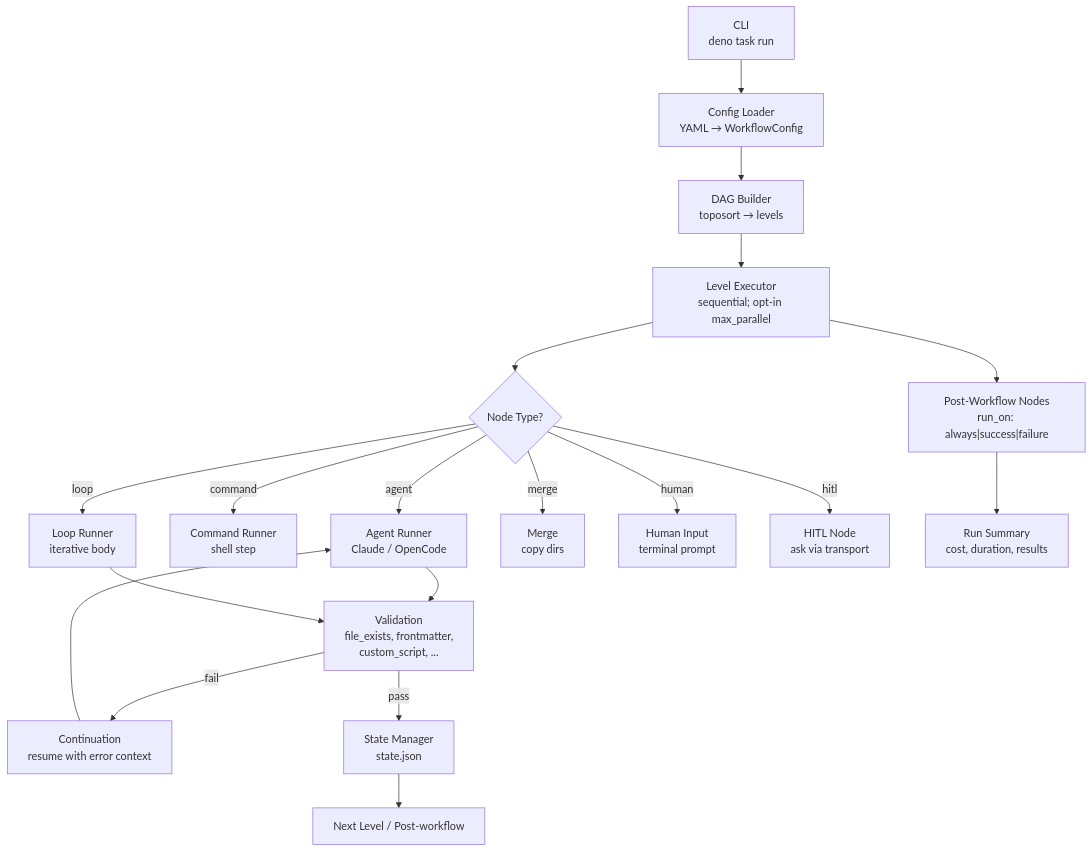
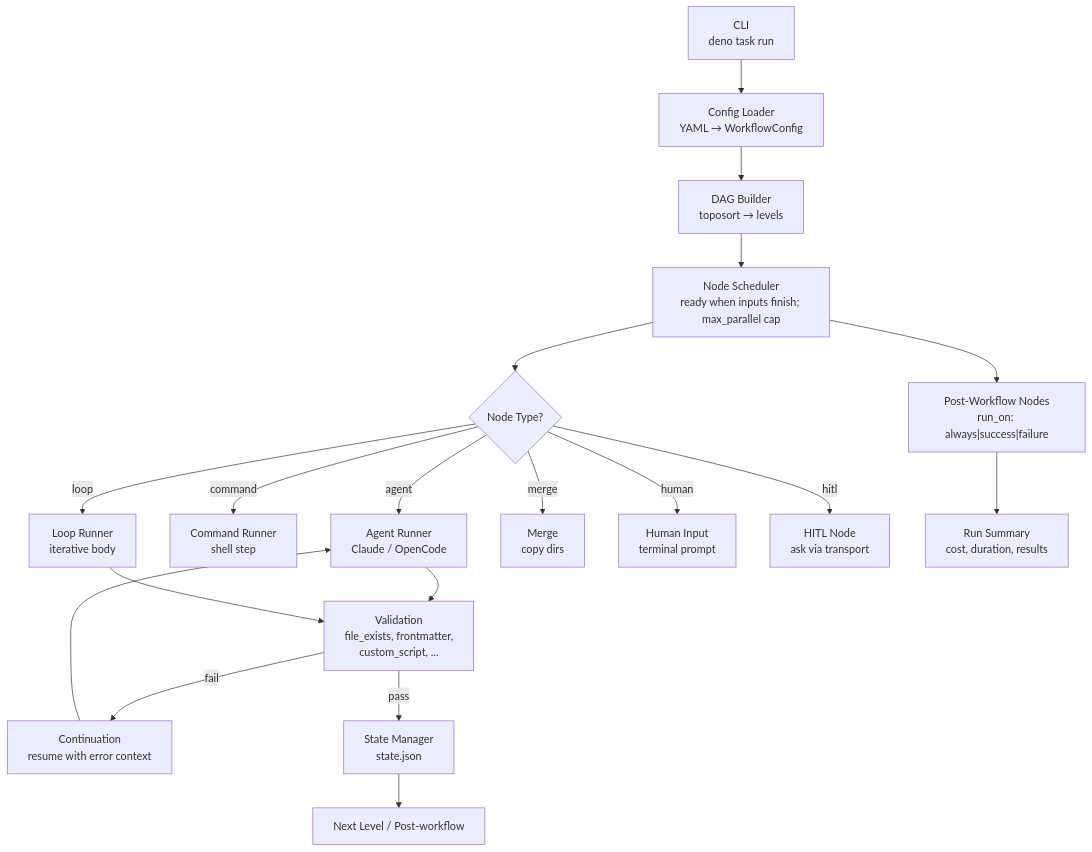
Before and after one commit to korchasa/auto-flow: the first of 2 diagrams in README.md, drawn with Mermaid. The commit also changed other lines of this file and 43 other files, not shown here.

````diff
--- a/README.md
+++ b/README.md
@@ -125,24 +125,24 @@
 ```mermaid
 graph TD
     CLI["CLI<br/>deno task run"] --> ConfigLoader["Config Loader<br/>YAML → WorkflowConfig"]
     ConfigLoader --> DAG["DAG Builder<br/>toposort → levels"]
-    DAG --> Executor["Level Executor<br/>sequential; opt-in max_parallel"]
+    DAG --> Executor["Node Scheduler<br/>ready when inputs finish; max_parallel cap"]
 
     Executor --> Dispatch{Node Type?}
     Dispatch -->|agent| Agent["Agent Runner<br/>Claude / OpenCode"]
     Dispatch -->|command| Command["Command Runner<br/>shell step"]
     Dispatch -->|loop| Loop["Loop Runner<br/>iterative body"]
     Dispatch -->|merge| Merge["Merge<br/>copy dirs"]
     Dispatch -->|human| Human["Human Input<br/>terminal prompt"]
     Dispatch -->|hitl| Hitl["HITL Node<br/>ask via transport"]
 
     Agent --> Validate["Validation<br/>file_exists, frontmatter,<br/>custom_script, ..."]
     Loop --> Validate
     Validate -->|fail| Continue["Continuation<br/>resume with error context"]
     Continue --> Agent
     Validate -->|pass| State["State Manager<br/>state.json"]
     State --> Next["Next Level / Post-workflow"]
 
     Executor --> PostWorkflow["Post-Workflow Nodes<br/>run_on: always|success|failure"]
     PostWorkflow --> Summary["Run Summary<br/>cost, duration, results"]
 ```
````
